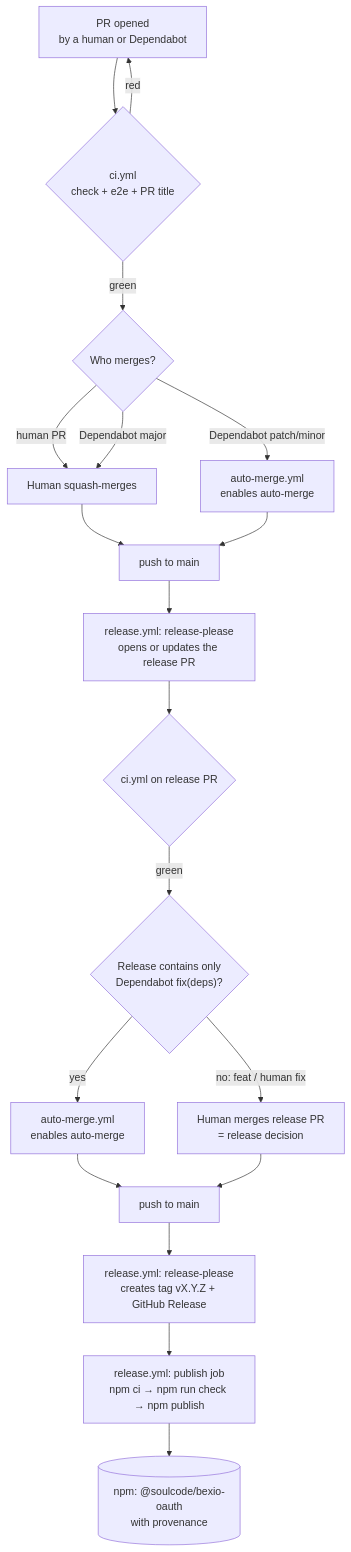
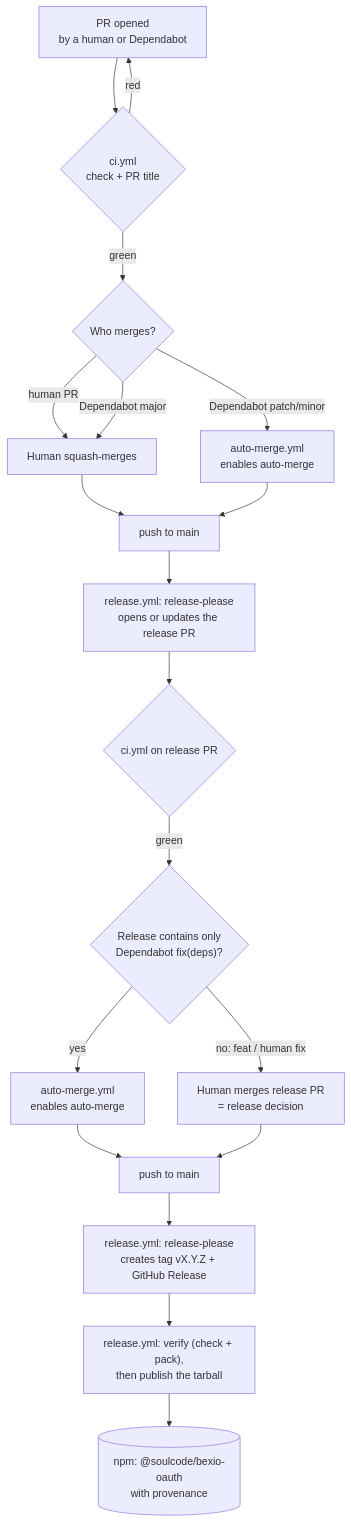
One commit to SoulcodeAgency/bexio-oauth changed the first of 5 diagrams in docs/development.md. Above: the diagram before and after it, drawn with Mermaid. The commit also changed other lines of this file and 59 other files, not shown here.

````diff
--- a/docs/development.md
+++ b/docs/development.md
@@ -77,21 +77,21 @@
 ```mermaid
 flowchart TD
-    A["PR opened<br/>by a human or Dependabot"] --> B{"ci.yml<br/>check + e2e + PR title"}
+    A["PR opened<br/>by a human or Dependabot"] --> B{"ci.yml<br/>check + PR title"}
     B -->|red| A
     B -->|green| C{"Who merges?"}
     C -->|human PR| D["Human squash-merges"]
     C -->|Dependabot patch/minor| E["auto-merge.yml<br/>enables auto-merge"]
     C -->|Dependabot major| D
     D --> F["push to main"]
     E --> F
     F --> G["release.yml: release-please<br/>opens or updates the release PR"]
     G --> H{"ci.yml on release PR"}
     H -->|green| I{"Release contains only<br/>Dependabot fix(deps)?"}
     I -->|yes| J["auto-merge.yml<br/>enables auto-merge"]
     I -->|"no: feat / human fix"| K["Human merges release PR<br/>= release decision"]
     J --> L["push to main"]
     K --> L
     L --> M["release.yml: release-please<br/>creates tag vX.Y.Z + GitHub Release"]
-    M --> N["release.yml: publish job<br/>npm ci → npm run check → npm publish"]
+    M --> N["release.yml: verify (check + pack),<br/>then publish the tarball"]
     N --> O[("npm: @soulcode/bexio-oauth<br/>with provenance")]
 ```
````
